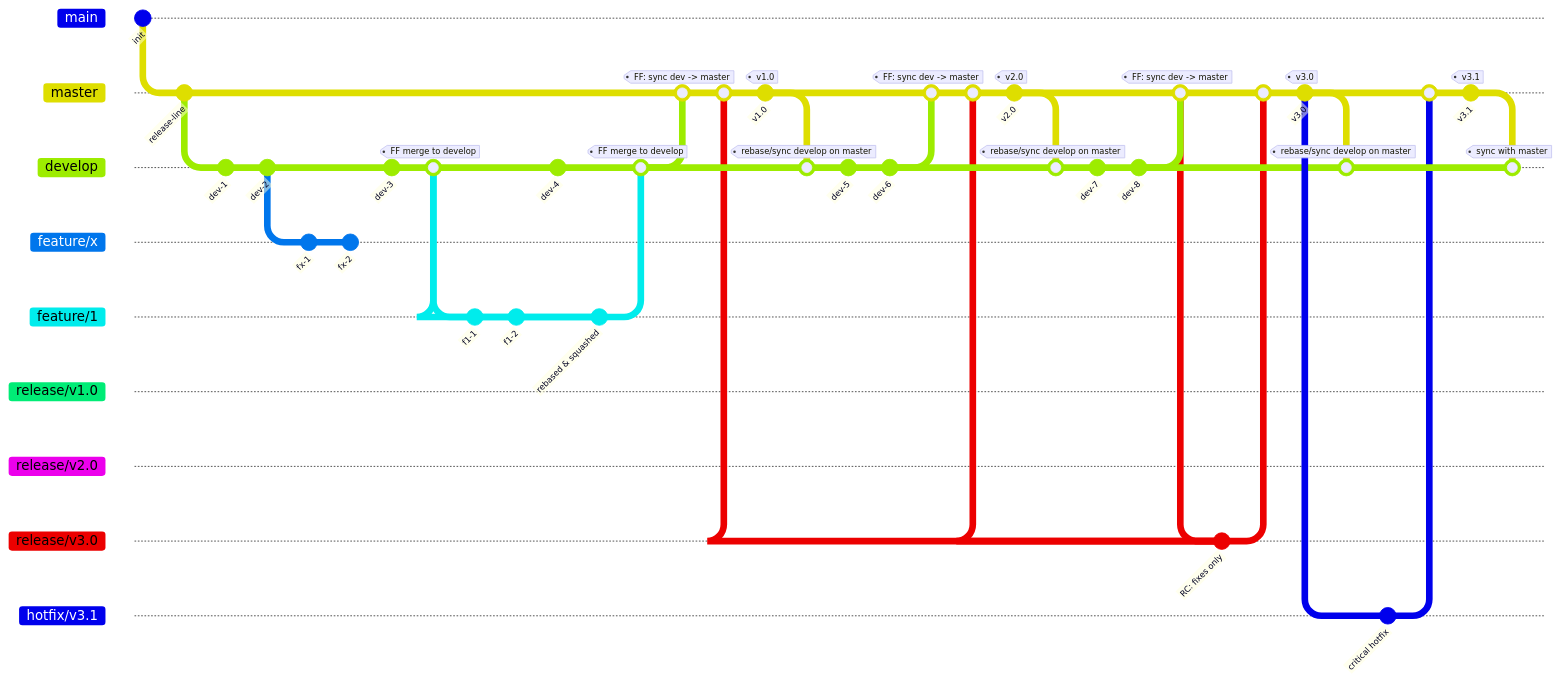
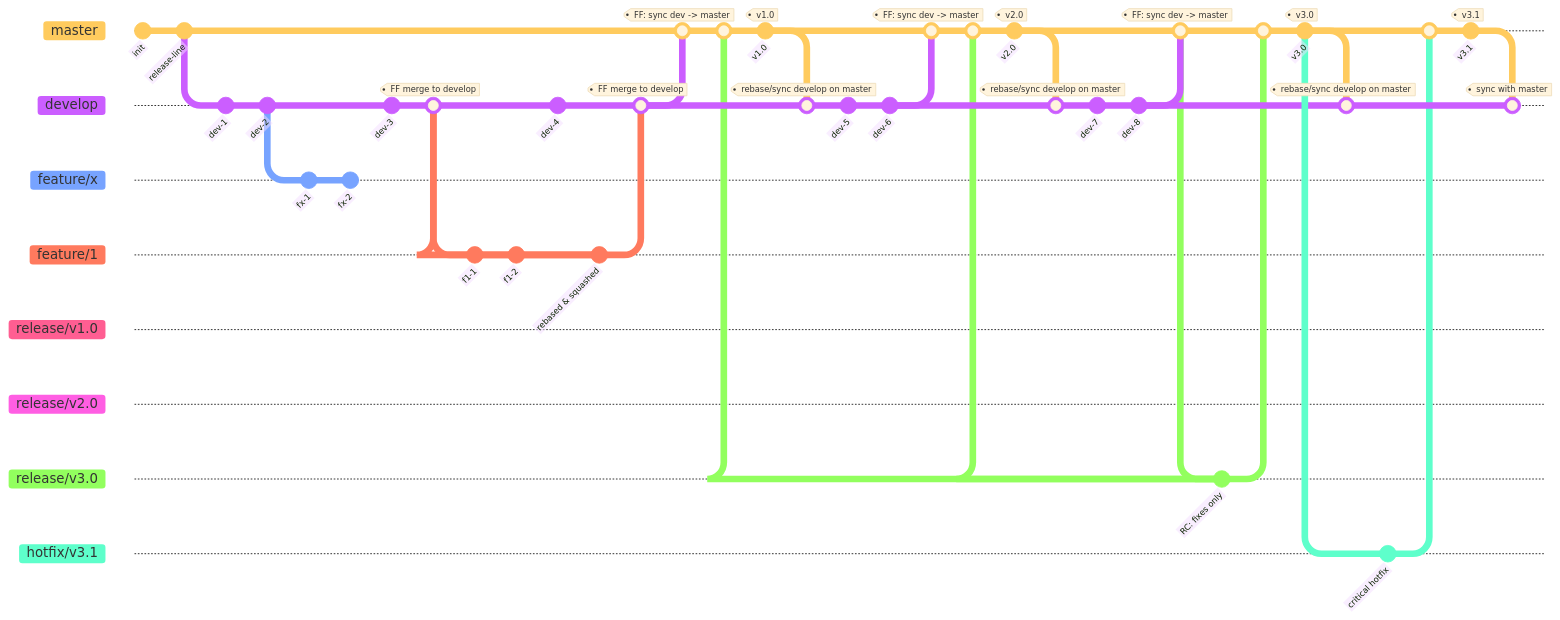
The first of 3 diagrams in README.md (AnarManafov/GitWorkflow), drawn with Mermaid before and after one commit. The commit also changed other lines of this file, not shown here.

````diff
--- a/README.md
+++ b/README.md
@@ -120,9 +159,13 @@
 ```mermaid
+---
+config:
+  theme: 'base'
+  gitGraph:
+    mainBranchName: 'master'
+---
 gitGraph
-  %% Baseline on master
+  %% Start with commits on the main branch (automatically named master)
   commit id: "init"
-  branch master
-  checkout master
   commit id: "release-line"
 
   %% Develop created from master
@@ -155,7 +198,7 @@
   checkout develop
   merge feature/1 tag: "FF merge to develop"
 
-  %% Periodic FF sync: develop -> master before release
+  %% Switch back to main branch (which is master due to our theme)
   checkout master
   merge develop tag: "FF: sync dev -> master"
 
````
